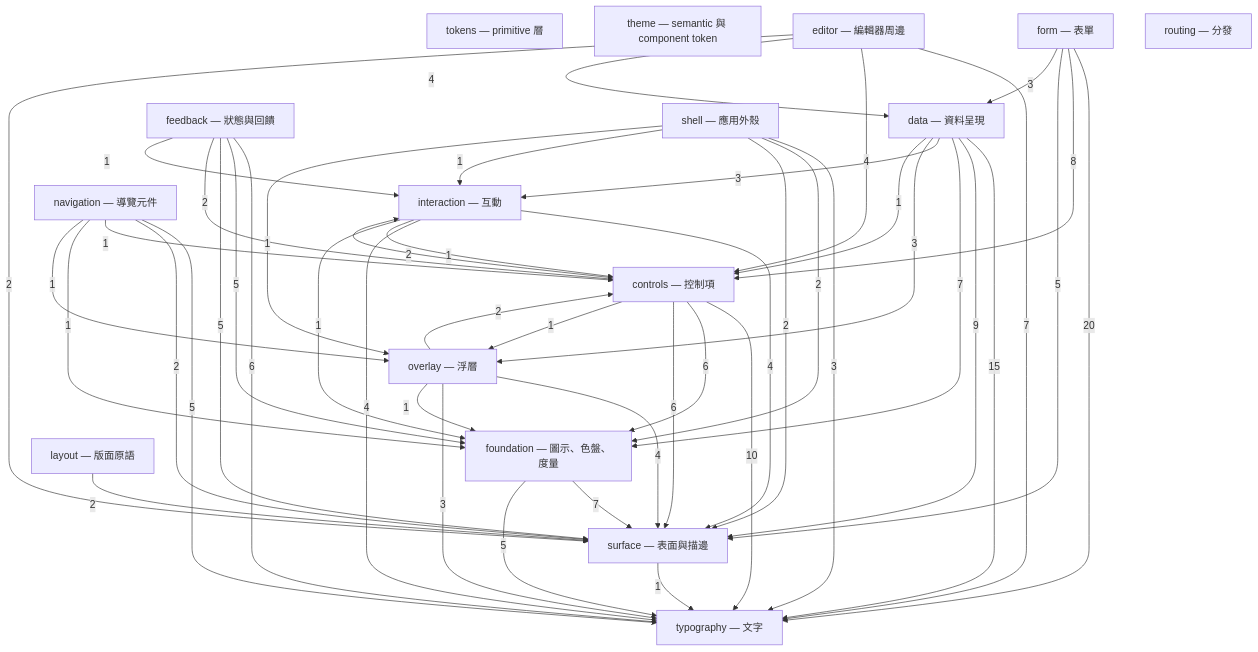
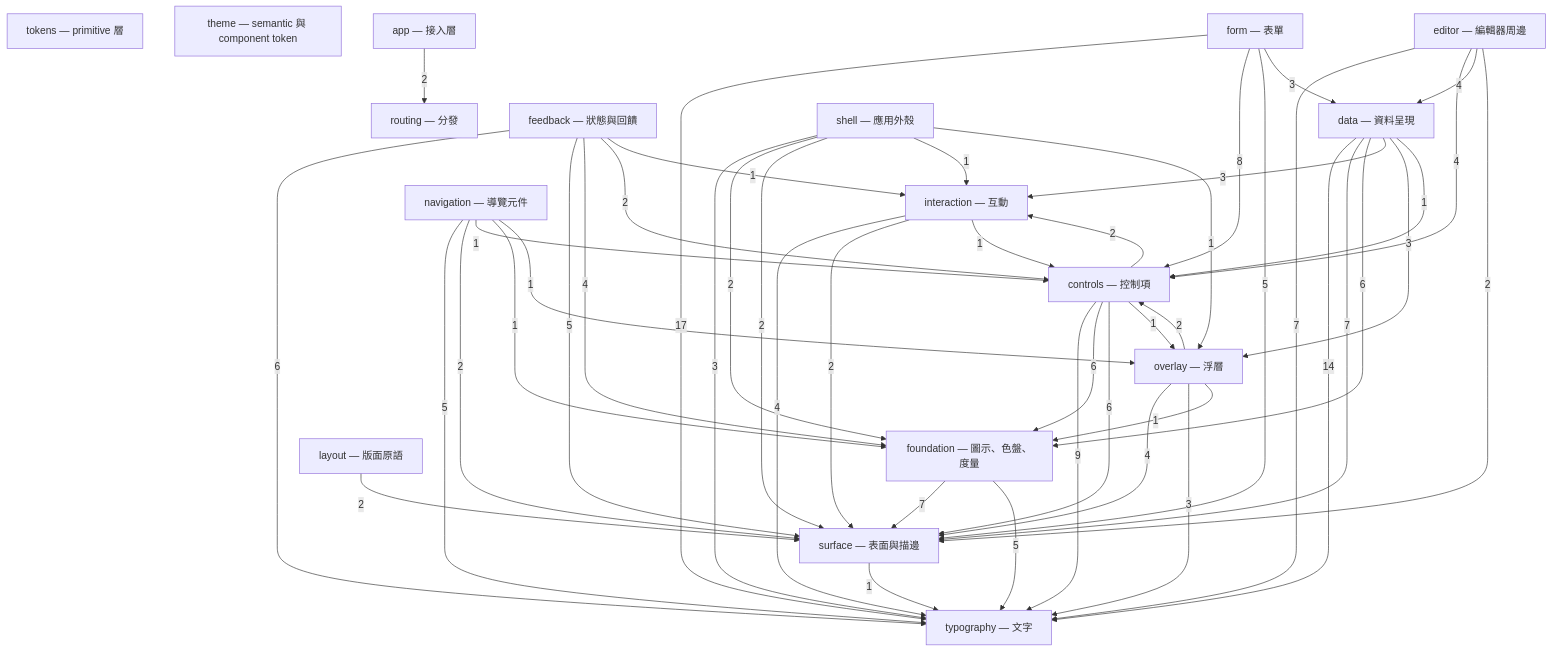
The first of 17 diagrams in spec/component-inventory.md (MiuDog/Kallopis), drawn with Mermaid before and after one commit. The commit also changed other lines of this file and 5 other files, not shown here.

````diff
--- a/spec/component-inventory.md
+++ b/spec/component-inventory.md
@@ -18,65 +18,66 @@
 ```mermaid
 graph TD
   tokens["tokens — primitive 層"]
   theme["theme — semantic 與 component token"]
   foundation["foundation — 圖示、色盤、度量"]
   typography["typography — 文字"]
   surface["surface — 表面與描邊"]
   interaction["interaction — 互動"]
   layout["layout — 版面原語"]
   overlay["overlay — 浮層"]
   controls["controls — 控制項"]
   data["data — 資料呈現"]
   form["form — 表單"]
   feedback["feedback — 狀態與回饋"]
   navigation["navigation — 導覽元件"]
   editor["editor — 編輯器周邊"]
   routing["routing — 分發"]
   shell["shell — 應用外殼"]
-  form -->|20| typography
-  data -->|15| typography
-  controls -->|10| typography
-  data -->|9| surface
+  app["app — 接入層"]
+  form -->|17| typography
+  data -->|14| typography
+  controls -->|9| typography
   form -->|8| controls
-  data -->|7| foundation
+  data -->|7| surface
   editor -->|7| typography
   foundation -->|7| surface
   controls -->|6| foundation
   controls -->|6| surface
+  data -->|6| foundation
   feedback -->|6| typography
-  feedback -->|5| foundation
   feedback -->|5| surface
   form -->|5| surface
   foundation -->|5| typography
   navigation -->|5| typography
   editor -->|4| controls
   editor -->|4| data
-  interaction -->|4| surface
+  feedback -->|4| foundation
   interaction -->|4| typography
   overlay -->|4| surface
   data -->|3| interaction
   data -->|3| overlay
   form -->|3| data
   overlay -->|3| typography
   shell -->|3| typography
+  app -->|2| routing
   controls -->|2| interaction
   editor -->|2| surface
   feedback -->|2| controls
+  interaction -->|2| surface
   layout -->|2| surface
   navigation -->|2| surface
   overlay -->|2| controls
   shell -->|2| foundation
   shell -->|2| surface
   controls -->|1| overlay
   data -->|1| controls
   feedback -->|1| interaction
   interaction -->|1| controls
-  interaction -->|1| foundation
   navigation -->|1| controls
   navigation -->|1| foundation
   navigation -->|1| overlay
   overlay -->|1| foundation
   shell -->|1| interaction
   shell -->|1| overlay
   surface -->|1| typography
 ```
````
